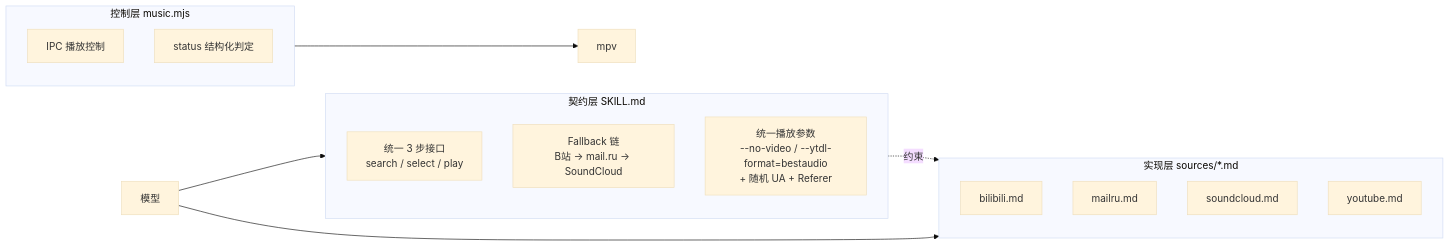
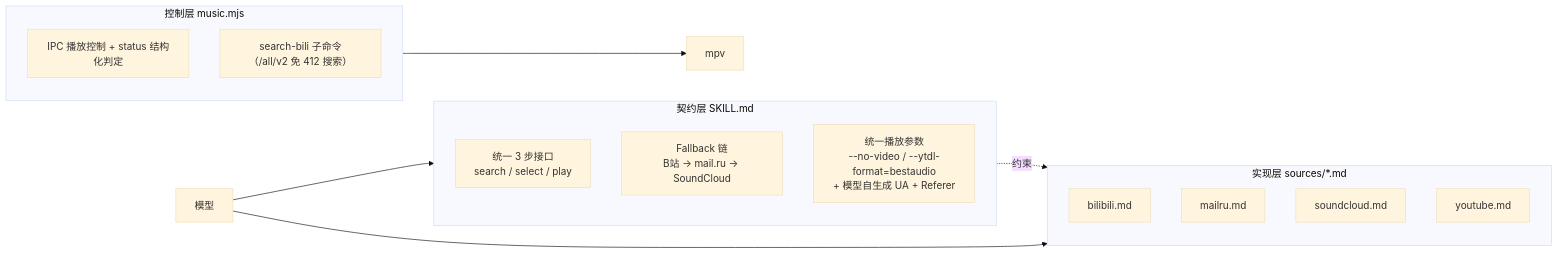
Before and after one commit to uid13/skills: the first of 2 diagrams in src/music/public/SKILL.md, drawn with Mermaid (base theme). The commit also changed other lines of this file and 24 other files, not shown here.

Commit message:
feat(music): 移除 user-agents 依赖，UA 改模型自生成（ua-spec.md）；B站搜索改用 /all/v2 免 412（search-bili 子命令）；关闭 sourcemap 减体积

````diff
--- a/src/music/public/SKILL.md
+++ b/src/music/public/SKILL.md
@@ -46,22 +48,22 @@
 ```mermaid
 flowchart LR
   subgraph 契约层["契约层 SKILL.md"]
     A1["统一 3 步接口<br/>search / select / play"]
     A2["Fallback 链<br/>B站 → mail.ru → SoundCloud"]
-    A3["统一播放参数<br/>--no-video / --ytdl-format=bestaudio<br/>+ 随机 UA + Referer"]
+    A3["统一播放参数<br/>--no-video / --ytdl-format=bestaudio<br/>+ 模型自生成 UA + Referer"]
   end
   subgraph 实现层["实现层 sources/*.md"]
     B1["bilibili.md"]
     B2["mailru.md"]
     B3["soundcloud.md"]
     B4["youtube.md"]
   end
   subgraph 控制层["控制层 music.mjs"]
-    C1["IPC 播放控制"]
-    C2["status 结构化判定"]
+    C1["IPC 播放控制 + status 结构化判定"]
+    C2["search-bili 子命令（/all/v2 免 412 搜索）"]
   end
   模型 --> 契约层
   模型 --> 实现层
   控制层 --> mpv
   契约层 -.约束.-> 实现层
 ```
````
